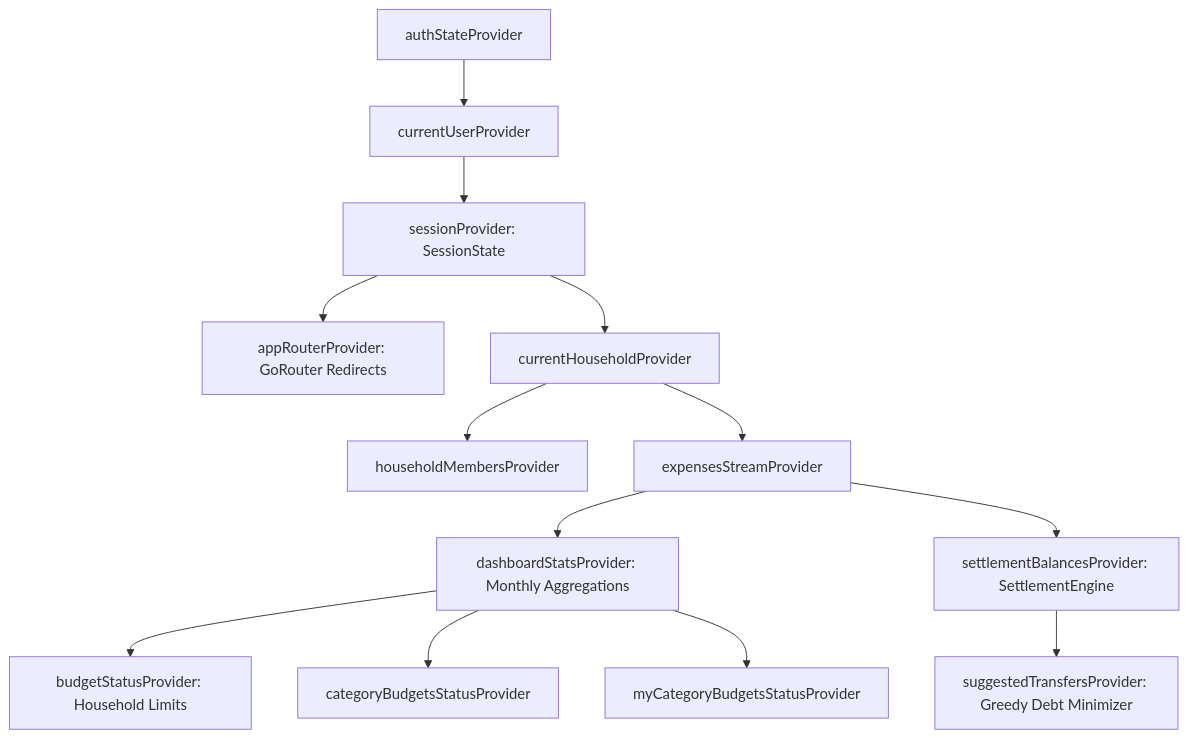
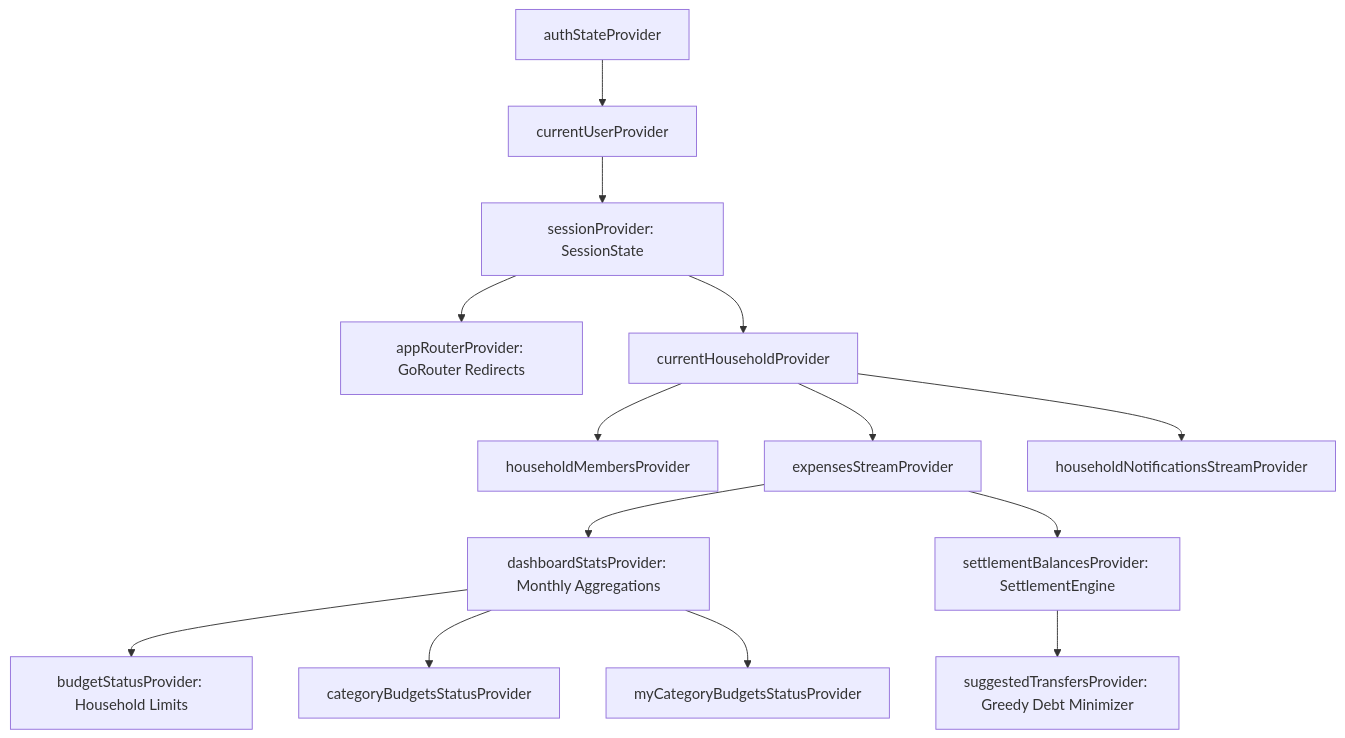
The diagram in docs/ARCHITECTURE.md (hayat-ishfaq/expensetrack), drawn with Mermaid before and after one commit. The commit also changed other lines of this file and 6 other files, not shown here.

````diff
--- a/docs/ARCHITECTURE.md
+++ b/docs/ARCHITECTURE.md
@@ -86,15 +89,16 @@
 ```mermaid
 graph TD
     A[authStateProvider] --> B[currentUserProvider]
     B --> C[sessionProvider: SessionState]
     C --> D[appRouterProvider: GoRouter Redirects]
     C --> E[currentHouseholdProvider]
     E --> F[householdMembersProvider]
     E --> G[expensesStreamProvider]
+    E --> N[householdNotificationsStreamProvider]
     G --> H[dashboardStatsProvider: Monthly Aggregations]
     H --> I[budgetStatusProvider: Household Limits]
     H --> J[categoryBudgetsStatusProvider]
     H --> K[myCategoryBudgetsStatusProvider]
     G --> L[settlementBalancesProvider: SettlementEngine]
     L --> M[suggestedTransfersProvider: Greedy Debt Minimizer]
 ```
````
